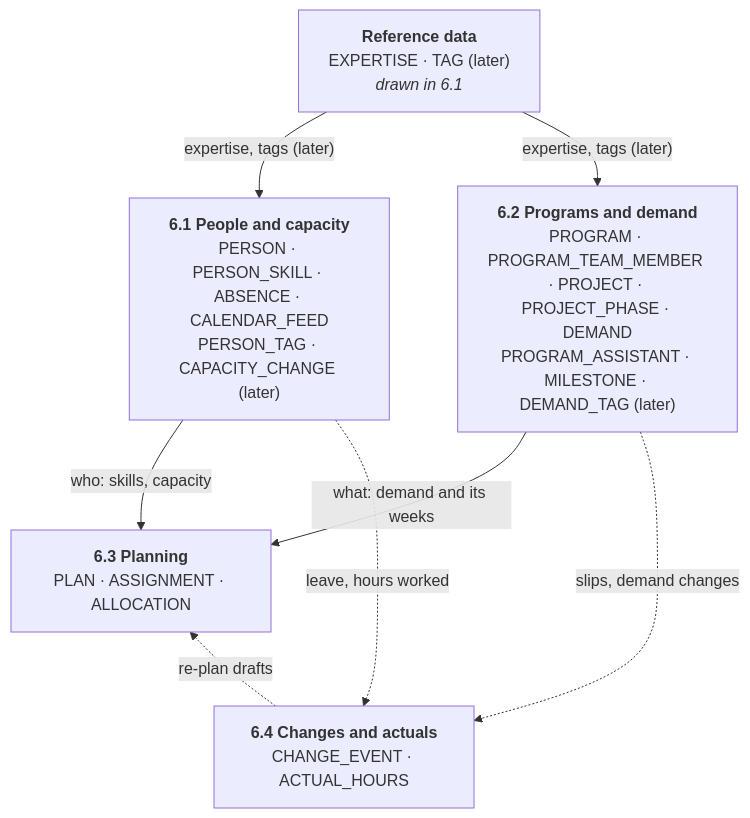
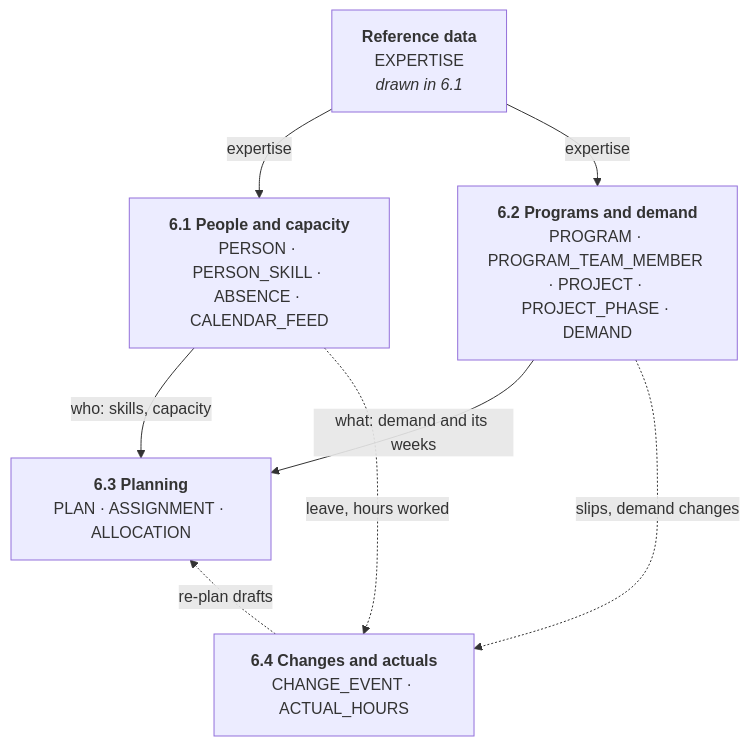
Before and after one commit to dophnamm/the-slot-finder: the fourth of 14 diagrams in README.md, drawn with Mermaid. The commit also changed other lines of this file and 13 other files, not shown here.

````diff
--- a/README.md
+++ b/README.md
@@ -224,17 +207,17 @@
 ```mermaid
 flowchart TB
-  ref["<b>Reference data</b><br/>EXPERTISE · TAG (later)<br/><i>drawn in 6.1</i>"]
-  people["<b>6.1 People and capacity</b><br/>PERSON · PERSON_SKILL · ABSENCE · CALENDAR_FEED<br/>PERSON_TAG · CAPACITY_CHANGE (later)"]
-  work["<b>6.2 Programs and demand</b><br/>PROGRAM · PROGRAM_TEAM_MEMBER · PROJECT · PROJECT_PHASE · DEMAND<br/>PROGRAM_ASSISTANT · MILESTONE · DEMAND_TAG (later)"]
+  ref["<b>Reference data</b><br/>EXPERTISE<br/><i>drawn in 6.1</i>"]
+  people["<b>6.1 People and capacity</b><br/>PERSON · PERSON_SKILL · ABSENCE · CALENDAR_FEED"]
+  work["<b>6.2 Programs and demand</b><br/>PROGRAM · PROGRAM_TEAM_MEMBER · PROJECT · PROJECT_PHASE · DEMAND"]
   planning["<b>6.3 Planning</b><br/>PLAN · ASSIGNMENT · ALLOCATION"]
   feedback["<b>6.4 Changes and actuals</b><br/>CHANGE_EVENT · ACTUAL_HOURS"]
 
-  ref -->|"expertise, tags (later)"| people
-  ref -->|"expertise, tags (later)"| work
+  ref -->|"expertise"| people
+  ref -->|"expertise"| work
   people -->|"who: skills, capacity"| planning
   work -->|"what: demand and its weeks"| planning
   planning ~~~ feedback
   feedback -.->|"re-plan drafts"| planning
   people -.->|"leave, hours worked"| feedback
   work -.->|"slips, demand changes"| feedback
 ```
````
